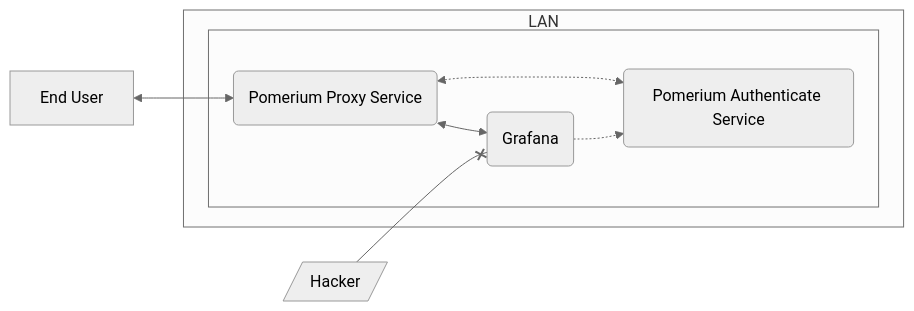
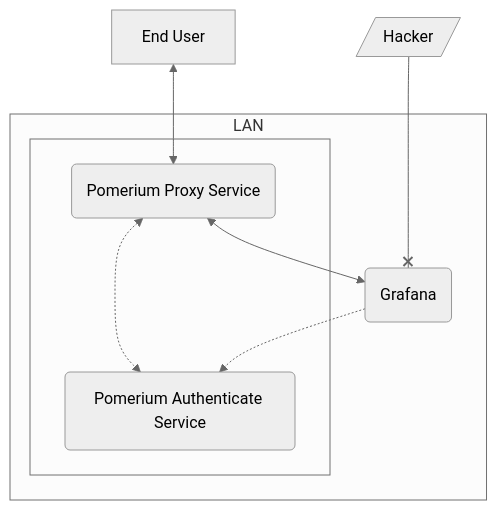
One commit to pomerium/pomerium changed the fourth of 9 diagrams in docs/docs/topics/mutual-auth.md. Above: the diagram before and after it, drawn with Mermaid (neutral theme). The commit also changed other lines of this file and 5 other files, not shown here.

Commit message:
Add mTLS and update some charts

````diff
--- a/docs/docs/topics/mutual-auth.md
+++ b/docs/docs/topics/mutual-auth.md
@@ -90,19 +93,17 @@
 ```mermaid
-flowchart LR
+flowchart TD
     D[End User]
     E[/Hacker/]
-    E--xC
+    E---xC
     D<-->A
     subgraph LAN
-        subgraph &nbsp;
+        subgraph Pomerium[ ];
             A(Pomerium Proxy Service)
             B(Pomerium Authenticate Service)
         end
-        subgraph &nbsp;
             C(Grafana)
-        end
     end
     A <-.-> B
     A <--> C
     C -.-> B
 ```
````
